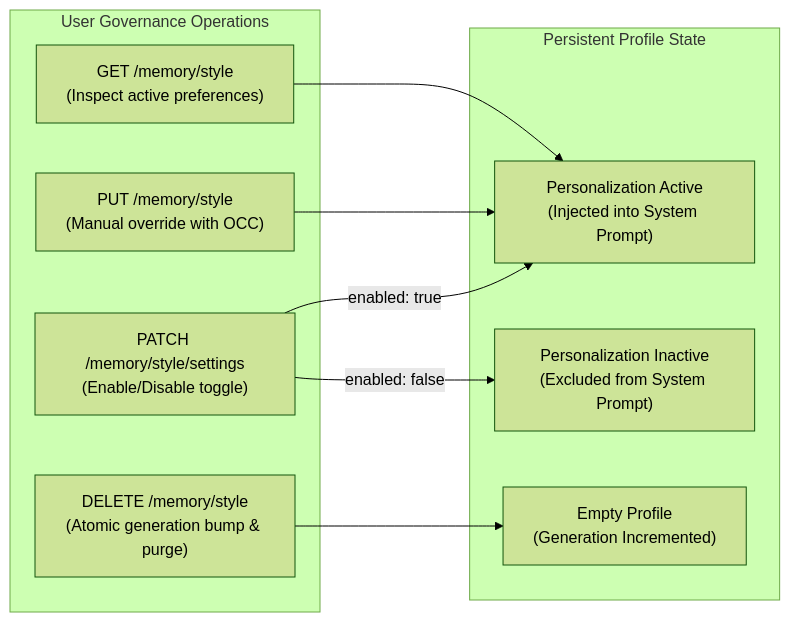
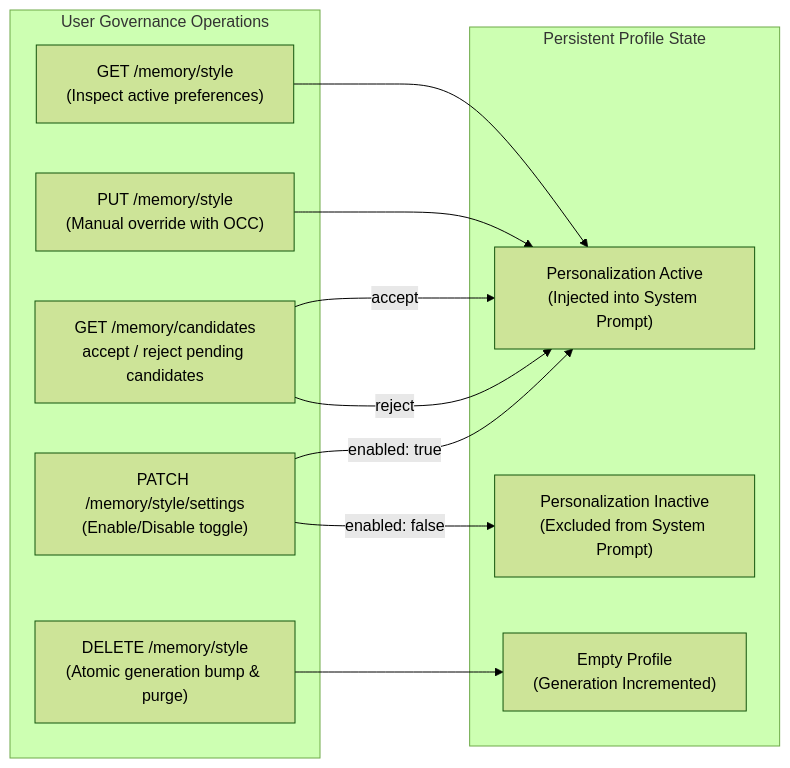
One commit to Bryan1805a/MIRA changed the fourth of 4 diagrams in docs/05-memory-lifecycle.md. Above: the diagram before and after it, drawn with Mermaid (forest theme). The commit also changed other lines of this file and 12 other files, not shown here.

````diff
--- a/docs/05-memory-lifecycle.md
+++ b/docs/05-memory-lifecycle.md
@@ -259,21 +265,24 @@
 ```mermaid
 flowchart LR
     subgraph GovernanceActions ["User Governance Operations"]
         View["GET /memory/style\n(Inspect active preferences)"]
         Edit["PUT /memory/style\n(Manual override with OCC)"]
         Toggle["PATCH /memory/style/settings\n(Enable/Disable toggle)"]
         Purge["DELETE /memory/style\n(Atomic generation bump & purge)"]
+        Review["GET /memory/candidates\naccept / reject pending candidates"]
     end
 
     subgraph ProfileState ["Persistent Profile State"]
         EnabledState["Personalization Active\n(Injected into System Prompt)"]
         DisabledState["Personalization Inactive\n(Excluded from System Prompt)"]
         PurgedState["Empty Profile\n(Generation Incremented)"]
     end
 
     View --> EnabledState
     Edit --> EnabledState
+    Review -->|accept| EnabledState
+    Review -->|reject| EnabledState
     Toggle -->|enabled: false| DisabledState
     Toggle -->|enabled: true| EnabledState
     Purge --> PurgedState
 ```
````
